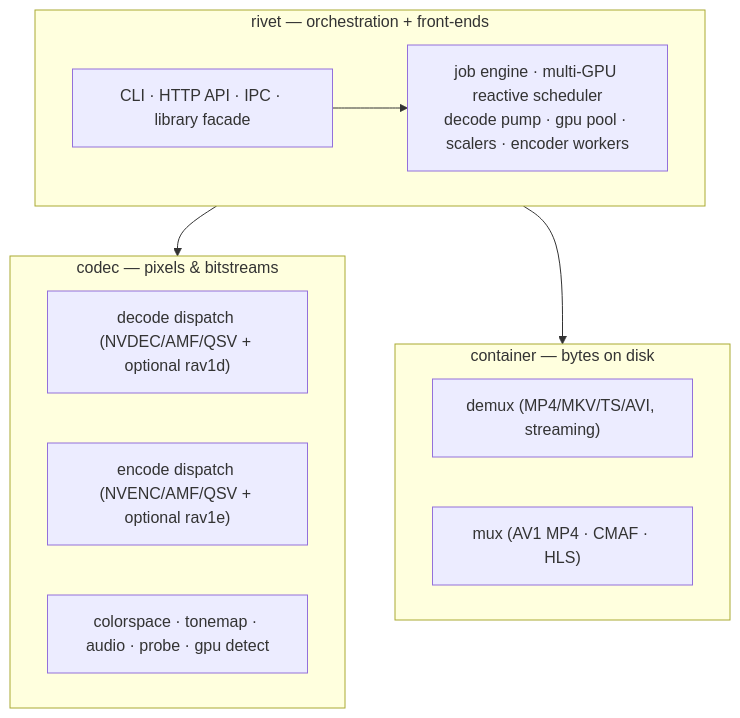
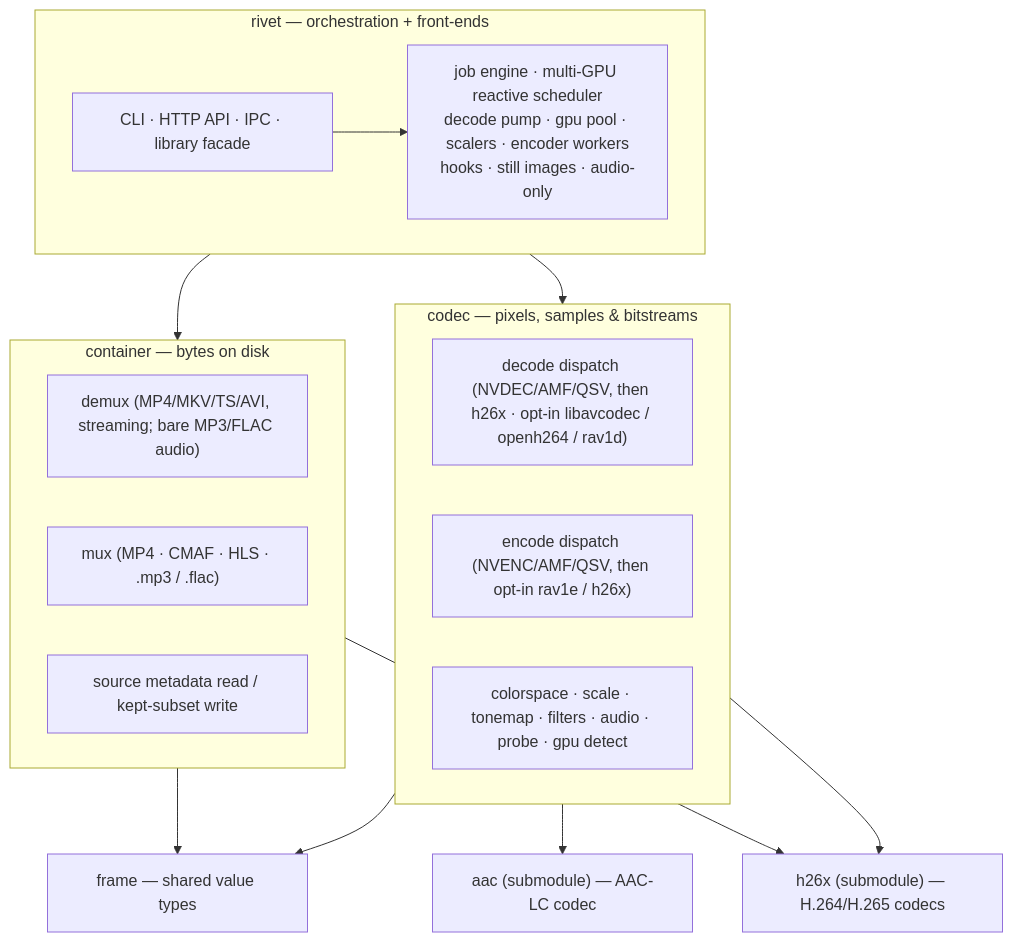
One commit to rivet-transcoder/rivet changed the first of 3 diagrams in docs/architecture.md. Above: the diagram before and after it, drawn with Mermaid. The commit also changed other lines of this file and 26 other files, not shown here.

````diff
--- a/docs/architecture.md
+++ b/docs/architecture.md
@@ -43,19 +64,28 @@
 ```mermaid
 flowchart TD
     subgraph rivet["rivet — orchestration + front-ends"]
         FE["CLI · HTTP API · IPC · library facade"]
-        ENG["job engine · multi-GPU reactive scheduler<br/>decode pump · gpu pool · scalers · encoder workers"]
+        ENG["job engine · multi-GPU reactive scheduler<br/>decode pump · gpu pool · scalers · encoder workers<br/>hooks · still images · audio-only"]
         FE --> ENG
     end
     rivet --> codec
     rivet --> container
-    subgraph codec["codec — pixels & bitstreams"]
-        DEC["decode dispatch (NVDEC/AMF/QSV + optional rav1d)"]
-        ENC["encode dispatch (NVENC/AMF/QSV + optional rav1e)"]
-        CLR["colorspace · tonemap · audio · probe · gpu detect"]
+    subgraph codec["codec — pixels, samples & bitstreams"]
+        DEC["decode dispatch (NVDEC/AMF/QSV, then h26x · opt-in libavcodec / openh264 / rav1d)"]
+        ENC["encode dispatch (NVENC/AMF/QSV, then opt-in rav1e / h26x)"]
+        CLR["colorspace · scale · tonemap · filters · audio · probe · gpu detect"]
     end
     subgraph container["container — bytes on disk"]
-        DMX["demux (MP4/MKV/TS/AVI, streaming)"]
-        MUX["mux (AV1 MP4 · CMAF · HLS)"]
+        DMX["demux (MP4/MKV/TS/AVI, streaming; bare MP3/FLAC audio)"]
+        MUX["mux (MP4 · CMAF · HLS · .mp3 / .flac)"]
+        META["source metadata read / kept-subset write"]
     end
+    codec --> frame
+    codec --> h26x
+    codec --> aac
+    container --> frame
+    container --> h26x
+    frame["frame — shared value types"]
+    h26x["h26x (submodule) — H.264/H.265 codecs"]
+    aac["aac (submodule) — AAC-LC codec"]
 ```
````
